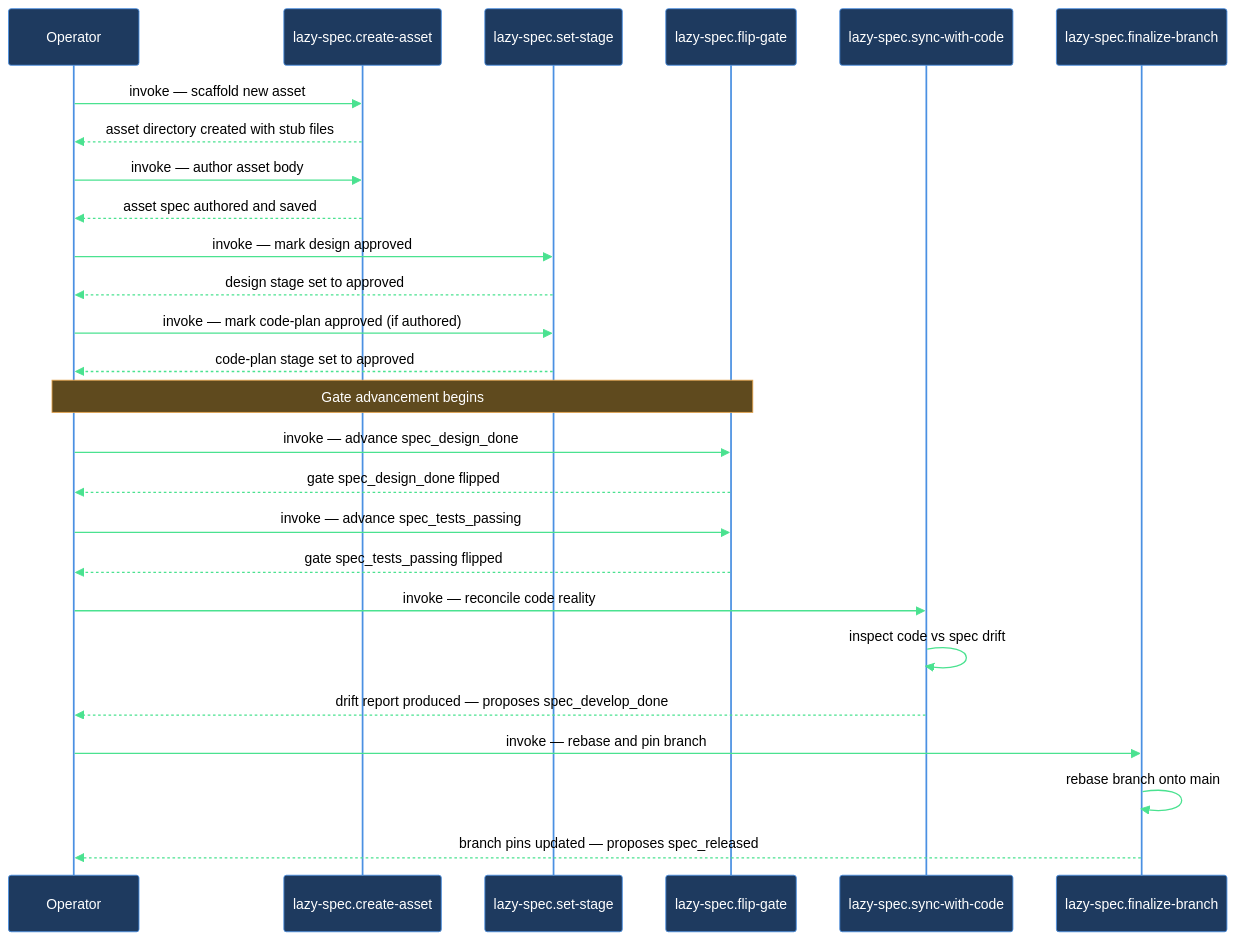
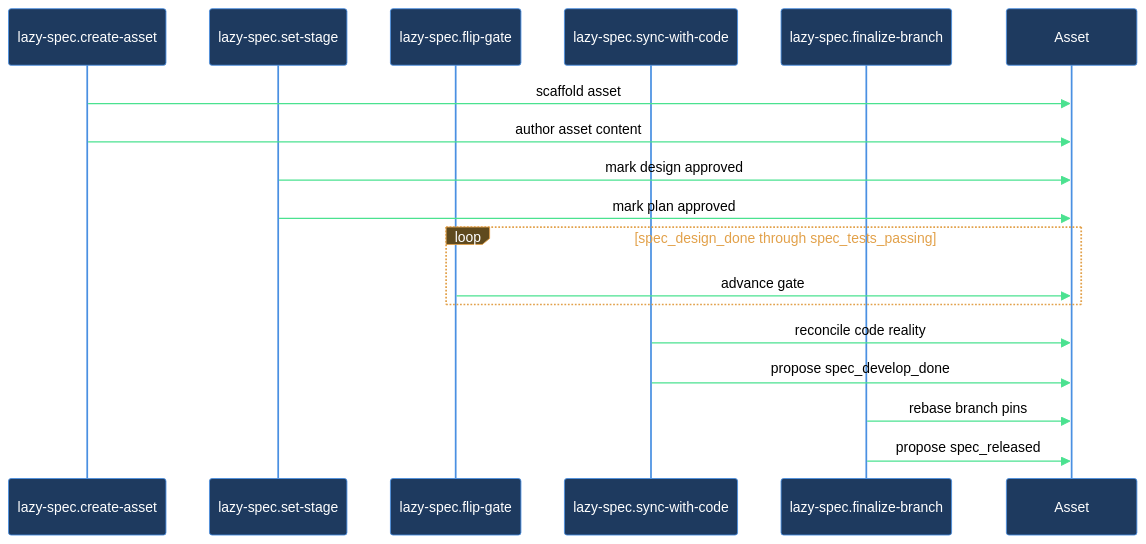
The diagram in claude/lazycortex-specs/help/walkthroughs/asset-to-release.md (mebius-san/lazy-cortex), drawn with Mermaid before and after one commit. The commit also changed other lines of this file and 265 other files, not shown here.

Commit message:
release lazycortex-core 7.1.1, lazycortex-diagram 1.1.8, lazycortex-experts 1.2.0, lazycortex-observe 0.8.5, lazycortex-obsidian 3.1.0, lazycortex-python 4.0.1, lazycortex-review 6.2.0, lazycortex-specs 6.1.0, lazycortex-wiki 2.1.0

````diff
--- a/claude/lazycortex-specs/help/walkthroughs/asset-to-release.md
+++ b/claude/lazycortex-specs/help/walkthroughs/asset-to-release.md
@@ -156,35 +155,22 @@
 ```mermaid
 %%{init: {'themeVariables':{'background':'transparent','primaryColor':'#1e3a5f','primaryBorderColor':'#4a90e2','primaryTextColor':'#fff','lineColor':'#4ae290','actorBkg':'#1e3a5f','actorBorder':'#4a90e2','actorTextColor':'#fff','actorLineColor':'#4a90e2','signalColor':'#4ae290','signalTextColor':'#000','noteBkgColor':'#5f4a1e','noteBorderColor':'#e2a14a','noteTextColor':'#fff','labelBoxBkgColor':'#5f4a1e','labelBoxBorderColor':'#e2a14a','labelTextColor':'#fff','loopTextColor':'#e2a14a'},'sequence':{'diagramPadding':5,'useMaxWidth':true}}}%%
 sequenceDiagram
-  participant operator as Operator
-  participant createAsset as lazy-spec.create-asset
-  participant setStage as lazy-spec.set-stage
-  participant flipGate as lazy-spec.flip-gate
-  participant syncCode as lazy-spec.sync-with-code
-  participant finalize as lazy-spec.finalize-branch
+  participant creator as lazy-spec.create-asset
+  participant stager as lazy-spec.set-stage
+  participant gater as lazy-spec.flip-gate
+  participant syncer as lazy-spec.sync-with-code
+  participant finalizer as lazy-spec.finalize-branch
+  participant asset as Asset
 
-  operator->>createAsset: invoke — scaffold new asset
-  createAsset-->>operator: asset directory created with stub files
-  operator->>createAsset: invoke — author asset body
-  createAsset-->>operator: asset spec authored and saved
-
-  operator->>setStage: invoke — mark design approved
-  setStage-->>operator: design stage set to approved
-  operator->>setStage: invoke — mark code-plan approved (if authored)
-  setStage-->>operator: code-plan stage set to approved
-
-  Note over operator,flipGate: Gate advancement begins
-
-  operator->>flipGate: invoke — advance spec_design_done
-  flipGate-->>operator: gate spec_design_done flipped
-  operator->>flipGate: invoke — advance spec_tests_passing
-  flipGate-->>operator: gate spec_tests_passing flipped
-
-  operator->>syncCode: invoke — reconcile code reality
-  syncCode->>syncCode: inspect code vs spec drift
-  syncCode-->>operator: drift report produced — proposes spec_develop_done
-
-  operator->>finalize: invoke — rebase and pin branch
-  finalize->>finalize: rebase branch onto main
-  finalize-->>operator: branch pins updated — proposes spec_released
+  creator->>asset: scaffold asset
+  creator->>asset: author asset content
+  stager->>asset: mark design approved
+  stager->>asset: mark plan approved
+  loop spec_design_done through spec_tests_passing
+    gater->>asset: advance gate
+  end
+  syncer->>asset: reconcile code reality
+  syncer->>asset: propose spec_develop_done
+  finalizer->>asset: rebase branch pins
+  finalizer->>asset: propose spec_released
 ```
````
